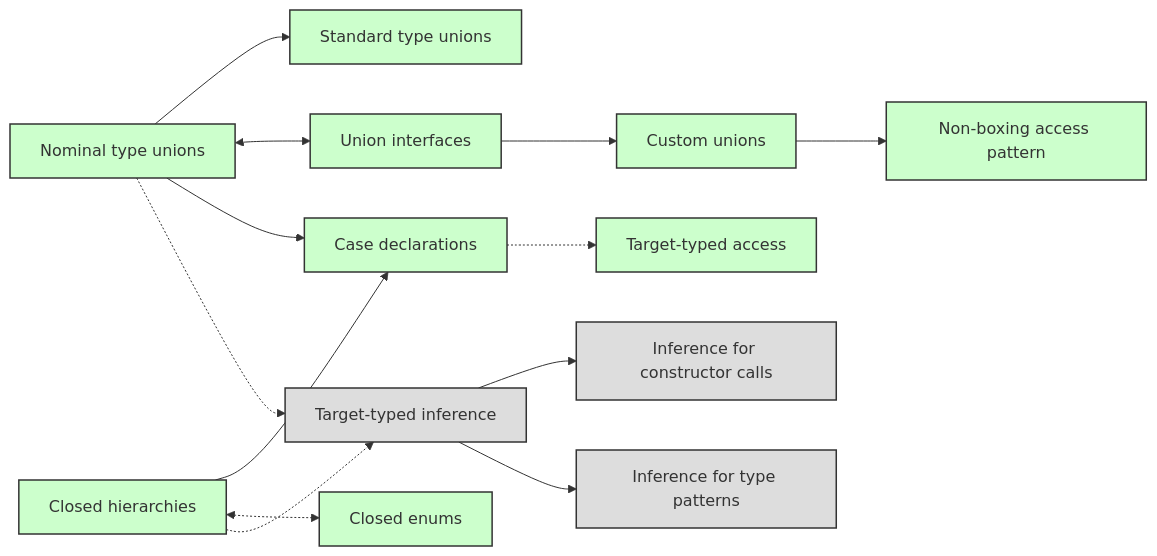
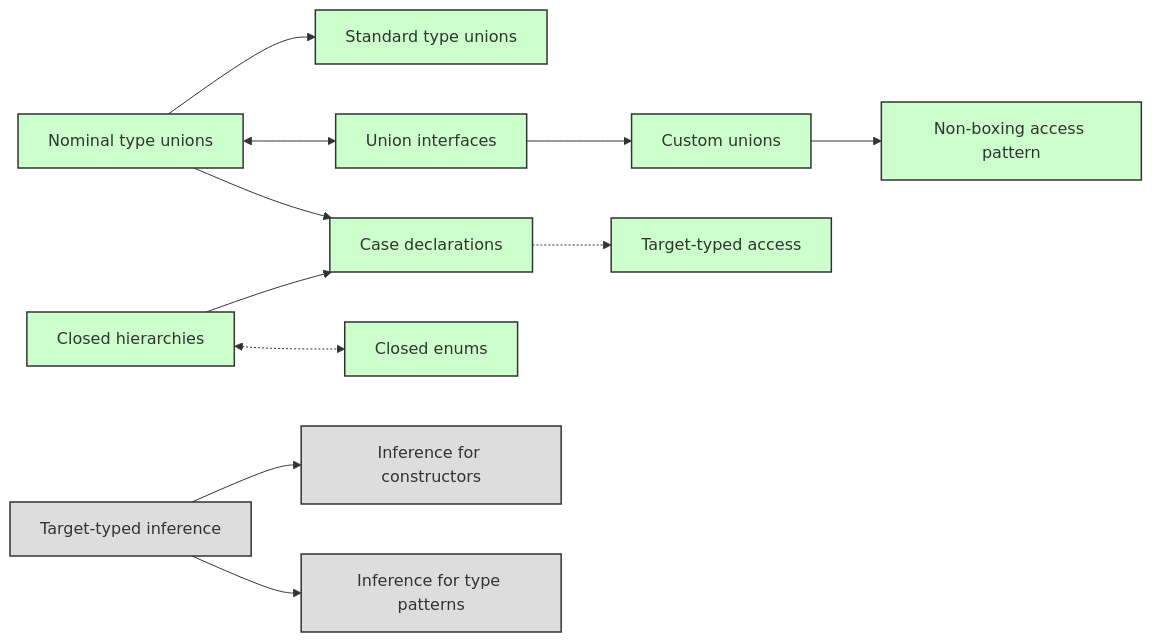
The diagram in meetings/working-groups/discriminated-unions/union-proposals-overview.md (dotnet/csharplang), drawn with Mermaid before and after one commit. The commit also changed other lines of this file and 2 other files, not shown here.

````diff
--- a/meetings/working-groups/discriminated-unions/union-proposals-overview.md
+++ b/meetings/working-groups/discriminated-unions/union-proposals-overview.md
@@ -17,30 +17,30 @@
 ``` mermaid
 flowchart LR
 
 %% Features
 Unions[Nominal type unions]:::approved
 Standard[Standard type unions]:::approved
 Interfaces[Union interfaces]:::approved
 Custom[Custom unions]:::approved
 NonBoxingAccess[Non-boxing access pattern]:::approved
 Enums[Closed enums]:::approved
 Hierarchies[Closed hierarchies]:::approved
 Cases[Case declarations]:::approved
 TargetAccess[Target-typed access]:::approved
 TargetInfer[Target-typed inference]:::unapproved
-InferNew[Inference for constructor calls]:::unapproved
+InferNew[Inference for constructors]:::unapproved
 InferPattern[Inference for type patterns]:::unapproved
 
 %% Dependencies
 Unions --> Standard
 Unions <--> Interfaces --> Custom --> NonBoxingAccess
 Unions & Hierarchies --> Cases -.-> TargetAccess
 Hierarchies <-.-> Enums
-Unions & Hierarchies -.-> TargetInfer --> InferNew & InferPattern
+TargetInfer --> InferNew & InferPattern
 
 %% Colors
 classDef approved fill:#cfc,stroke:#333,stroke-width:1.5px;
 classDef consideration fill:#ffd,stroke:#333,stroke-width:1.5px;
 classDef unapproved fill:#ddd,stroke:#333,stroke-width:1.5px;
 classDef rejected fill:#fdd,stroke:#333,stroke-width:1.5px;
 ```
````
